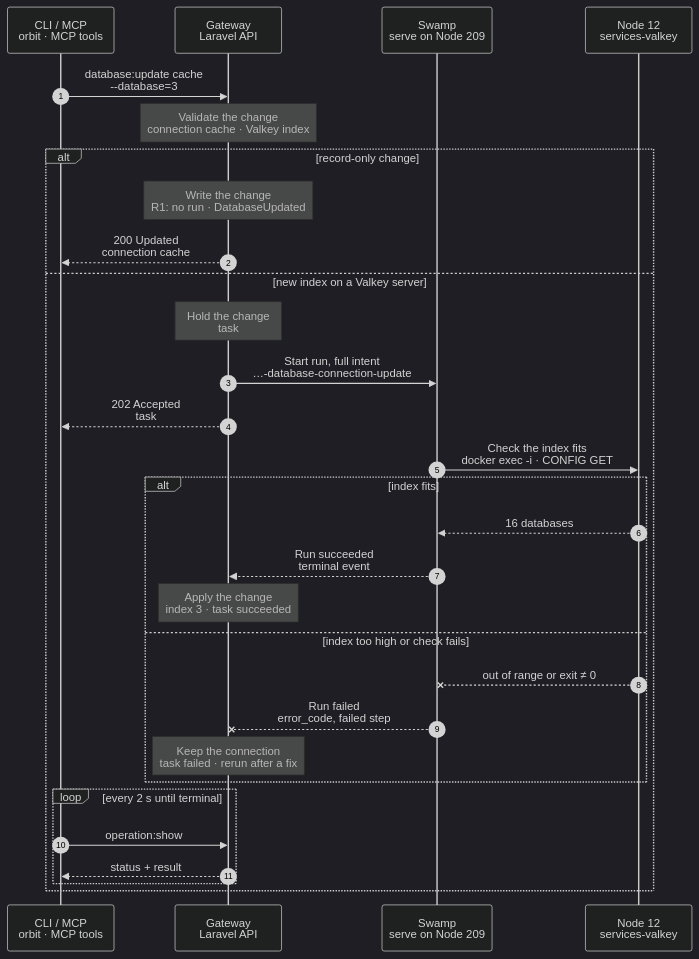
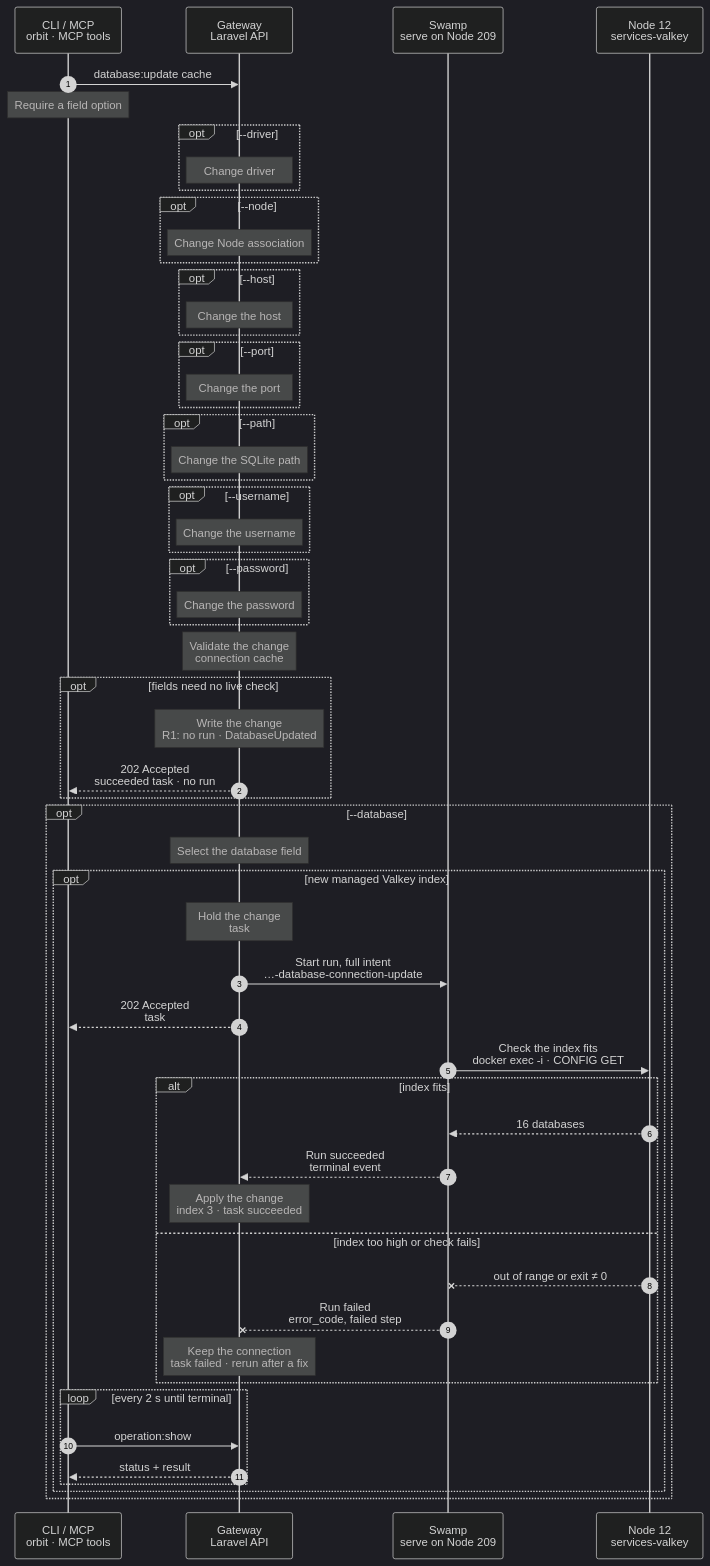
Before and after one commit to hardimpactdev/orbit: the diagram in docs/cli/database/update.mmd, drawn with Mermaid (dark theme). The commit also changed 10 other files, not shown here.

```diff
--- a/docs/cli/database/update.mmd
+++ b/docs/cli/database/update.mmd
@@ -1,106 +1,149 @@
 sequenceDiagram
   %% Target design: ADR 0244 task, DECISIONS R1 (record-only update starts no run), R2-R4, 5 (swamp role SSH identity), round 2 bugs (refuse with no server, server admin password by its own vault key, cleanup on pass or fail).
   %% Tightened: flow-tighten 2026-11-02, rule 22 (one docker exec -i read; no copied scripts or cleanup).
   %% status: draft
   %% command: database:update
   %% kind: database.update
   autonumber
   %% lane CLI icon=terminal pill=caller tone=gray
   %% lane GW icon=gateway pill=intent tone=blue
   %% lane SW icon=workflow pill=executes tone=green
   %% lane N icon=server pill=target tone=amber
   participant CLI as CLI / MCP<br/>orbit · MCP tools
   participant GW as Gateway<br/>Laravel API
   participant SW as Swamp<br/>serve on Node 209
   participant N as Node 12<br/>services-valkey
-  CLI->>GW: database:update cache<br/>--database=3
+  CLI->>GW: database:update cache
   %%> Command:
   %%> - `orbit database:update cache --database=3`
-  %%> - syntax: `<slug> [--driver=DRIVER] [--node=NODE] [--host=HOST] [--port=PORT] [--database=NAME] [--path=PATH] [--username=USER] [--password=SECRET] [--idempotency-key=KEY]`
+  %%> - syntax: `<slug> [--driver=DRIVER] [--node=NODE] [--host=HOST] [--port=PORT] [--database=NAME] [--path=PATH] [--username=USER] [--password=SECRET] [--idempotency-key=KEY] [--json]`
   %%> Input:
   %%> - the connection slug, and at least one field to replace
   %%> - `--node=` with an empty value clears the Node association
   %%> Not included:
   %%> - the keys already stored on attached Instances; run `instance:database:add` again, then `env:sync`
-  Note over GW: Validate the change<br/>connection cache · Valkey index
+  Note over CLI: Require a field option
+  %%> Requirements:
+  %%> - slug alone returns `database.update_required` before a request; supply at least one field below
+  opt --driver
+    Note over GW: Change driver
+    %%> What it changes:
+    %%> - Replace the driver and normalize its connection fields.
+  end
+  opt --node
+    Note over GW: Change Node association
+    %%> What it changes:
+    %%> - Resolve the Node, or clear it with an empty value; SQLite must stay on every attached Instance's Node.
+  end
+  opt --host
+    Note over GW: Change the host
+    %%> What it changes:
+    %%> - Replace the recorded hostname or IP.
+  end
+  opt --port
+    Note over GW: Change the port
+    %%> What it changes:
+    %%> - Replace the recorded TCP port.
+  end
+  opt --path
+    Note over GW: Change the SQLite path
+    %%> What it changes:
+    %%> - Replace the recorded absolute path.
+  end
+  opt --username
+    Note over GW: Change the username
+    %%> What it changes:
+    %%> - Replace the recorded username.
+  end
+  opt --password
+    Note over GW: Change the password
+    %%> What it changes:
+    %%> - Encrypt and replace the recorded password.
+  end
+  Note over GW: Validate the change<br/>connection cache
   %%> Requirements:
   %%> - the fields fit the driver (`validation.failed`)
   %%> - a managed connection keeps its identity and credentials (`database.server_connection_managed`); on a Valkey server only the index may change
-  %%> - an attached Instance stays on the same Node as the connection
+  %%> - a SQLite connection stays on the same Node as every attached Instance
   %%> Decides:
   %%> - a change that needs a live check runs on its Database server's Node only: today, a new index on a managed Valkey server
   %%> - every other change is record-only
   %%> Refuses:
-  %%> - a change that needs a live check on a connection without a Database server (`database.server_required`)
   %%> - a run never targets the Gateway Node
-  alt record-only change
+  opt fields need no live check
     Note over GW: Write the change<br/>R1: no run · DatabaseUpdated
     %%> When:
     %%> - any change that needs no live check, for example a new password on a registered external database
     %%> Result:
     %%> - connection `cache` is updated, its password encrypted
-    %%> - no task and no Swamp run start (R1); nothing changes on any Node
-    GW-->>CLI: 200 Updated<br/>connection cache
+    %%> - record a succeeded task without a Swamp run (R1); nothing changes on any Node
+    GW-->>CLI: 202 Accepted<br/>succeeded task · no run
     %%> What you get:
-    %%> - the updated record at once; there is nothing to follow
-  else new index on a Valkey server
-    Note over GW: Hold the change<br/>task #5122 · lock services-valkey
-    %%> Result:
-    %%> - the change is recorded in task #5122; connection `cache` keeps its current values
-    %%> - no other change runs on `services-valkey`; the Gateway holds one lock per Database server
-    GW->>SW: Start run, full intent<br/>…-database-connection-update
-    %%> What it does:
-    %%> - starts one Swamp run of `operation-database-connection-update` on serve (Node 209)
-    %%> Inputs:
-    %%> - the requested index 3, and the server's WireGuard address and port
-    %%> - the vault key name `database-update-intent-5122`, which holds the `AUTH` line and the command; the admin password itself never enters the intent
-    %%> - Node 12's address and SSH host keys; the SSH identity comes from the `swamp` role
-    GW-->>CLI: 202 Accepted<br/>task #5122
-    %%> What you get:
-    %%> - the task number, at once
-    %%> Next:
-    %%> - the CLI follows the task with `operation:show`
-    SW->>N: Check the index fits<br/>docker exec -i · CONFIG GET
-    %%> What it does:
-    %%> - reads the live server's database count; the Gateway applies index 3 only when it is below that count
-    %%> How:
-    %%> - Swamp reaches Node 12 over SSH from 209 with `@swamp/ssh`, the `swamp` role's SSH identity; nothing is copied to the Node
-    %%> - one `docker exec -i … valkey-cli` with `AUTH` from `vault.get` as the first stdin line, then `CONFIG GET databases`
-    %%> Not included:
-    %%> - no write on the server; the index is a client setting
-    alt index fits
-      N-->>SW: 16 databases
-      %%> Returns:
-      %%> - the server's database count; index 3 fits
-      SW-->>GW: Run succeeded<br/>terminal event
-      %%> How the Gateway learns it:
-      %%> - its shared run reader sees the terminal event; Swamp never calls the Gateway
-      Note over GW: Apply the change<br/>index 3 · task succeeded
+    %%> - the succeeded task at once; there is no run to follow
+  end
+  opt --database
+    Note over GW: Select the database field
+    %%> What it changes:
+    %%> - replace the database name or redis index; an external connection or unchanged or cleared managed index uses the record-only path
+    opt new managed Valkey index
+      Note over GW: Hold the change<br/>task #5122 · lock services-valkey
       %%> Result:
-      %%> - connection `cache` records index 3
-      %%> - task #5122 succeeds
-    else index too high or check fails
-      N--xSW: out of range or exit ≠ 0
-      %%> When:
-      %%> - index 3 is not below the server's count, or SSH or the Valkey login fails
-      SW--xGW: Run failed<br/>error_code, failed step
-      %%> The Gateway reads:
-      %%> - which step failed and its error code, for example `validation.failed`
-      Note over GW: Keep the connection<br/>task failed · rerun after a fix
-      %%> Result:
-      %%> - connection `cache` keeps its old index
-      %%> - task #5122 fails, with the change it held
-      %%> On the Node:
-      %%> - nothing changed; the check only reads
-      %%> Retry:
-      %%> - run the command again with a valid index; it is a new task
-    end
-    loop every 2 s until terminal
-      CLI->>GW: operation:show #5122
+      %%> - the change is recorded in task #5122; connection `cache` keeps its current values
+      %%> - no other change runs on `services-valkey`; the Gateway holds one lock per Database server
+      GW->>SW: Start run, full intent<br/>…-database-connection-update
       %%> What it does:
-      %%> - asks for the task's status every 2 seconds until it has ended
-      GW-->>CLI: status + result
-      %%> Returns:
-      %%> - the current status, and the result once the task has ended
+      %%> - starts one Swamp run of `operation-database-connection-update` on serve (Node 209)
+      %%> Inputs:
+      %%> - the requested index 3, and the server's WireGuard address and port
+      %%> - the vault key name `database-update-intent-5122`, which holds the `AUTH` line and the command; the admin password itself never enters the intent
+      %%> - Node 12's address and SSH host keys; the SSH identity comes from the `swamp` role
+      GW-->>CLI: 202 Accepted<br/>task #5122
+      %%> What you get:
+      %%> - the task number, at once
+      %%> Next:
+      %%> - the CLI follows the task with `operation:show`
+      SW->>N: Check the index fits<br/>docker exec -i · CONFIG GET
+      %%> What it does:
+      %%> - reads the live server's database count; the Gateway applies index 3 only when it is below that count
+      %%> How:
+      %%> - Swamp reaches Node 12 over SSH from 209 with `@swamp/ssh`, the `swamp` role's SSH identity; nothing is copied to the Node
+      %%> - one `docker exec -i … valkey-cli` with `AUTH` from `vault.get` as the first stdin line, then `CONFIG GET databases`
+      %%> Not included:
+      %%> - no write on the server; the index is a client setting
+      alt index fits
+        N-->>SW: 16 databases
+        %%> Returns:
+        %%> - the server's database count; index 3 fits
+        SW-->>GW: Run succeeded<br/>terminal event
+        %%> How the Gateway learns it:
+        %%> - its shared run reader sees the terminal event; Swamp never calls the Gateway
+        Note over GW: Apply the change<br/>index 3 · task succeeded
+        %%> Result:
+        %%> - connection `cache` records index 3
+        %%> - task #5122 succeeds
+      else index too high or check fails
+        N--xSW: out of range or exit ≠ 0
+        %%> When:
+        %%> - index 3 is not below the server's count, or SSH or the Valkey login fails
+        SW--xGW: Run failed<br/>error_code, failed step
+        %%> The Gateway reads:
+        %%> - which step failed and its error code, for example `database.index_invalid`
+        Note over GW: Keep the connection<br/>task failed · rerun after a fix
+        %%> Result:
+        %%> - connection `cache` keeps its old index
+        %%> - task #5122 fails, with the change it held
+        %%> On the Node:
+        %%> - nothing changed; the check only reads
+        %%> Retry:
+        %%> - run the command again with a valid index; it is a new task
+      end
+      loop every 2 s until terminal
+        CLI->>GW: operation:show #5122
+        %%> What it does:
+        %%> - asks for the task's status every 2 seconds until it has ended
+        GW-->>CLI: status + result
+        %%> Returns:
+        %%> - the current status, and the result once the task has ended
+      end
     end
   end
```
